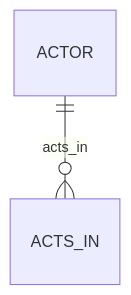
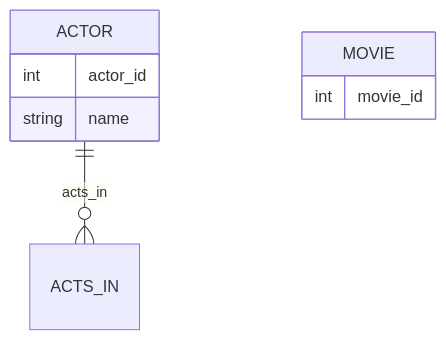
One commit to DagimAlemayehuu/Ater changed the diagram in Obsidian_Vault/2-Academic/Autumn 2025/Database_Systems/3_Relational_Model_And_Database_Design/Participation.md. Above: the diagram before and after it, drawn with Mermaid. The commit also changed other lines of this file and 41 other files, not shown here.

````diff
--- a/Obsidian_Vault/2-Academic/Autumn 2025/Database_Systems/3_Relational_Model_And_Database_Design/Participation.md
+++ b/Obsidian_Vault/2-Academic/Autumn 2025/Database_Systems/3_Relational_Model_And_Database_Design/Participation.md
@@ -37,4 +37,11 @@
 ```mermaid
 erDiagram
     ACTOR ||--o{ ACTS_IN : acts_in
+    ACTOR {
+        int actor_id
+        string name
+    }
+    MOVIE {
+        int movie_id
+    }
 ```
````
